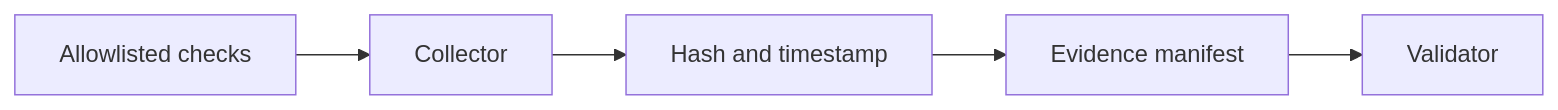
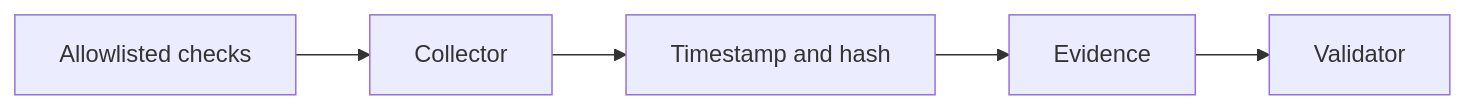
One commit to ahliweb/linux-mint-xfce-rescue-ai changed diagram 11 of 16 in docs/design.md. Above: the diagram before and after it, drawn with Mermaid. The commit also changed other lines of this file and 1 other file, not shown here.

First line of the commit message:
docs: rewrite README (status table, quick starts) and design (whole-flow diagrams)

````diff
--- a/docs/design.md
+++ b/docs/design.md
@@ -150,7 +252,7 @@
 ```mermaid
 flowchart LR
     A[Allowlisted checks] --> C[Collector]
-    C --> H[Hash and timestamp]
-    H --> E[Evidence manifest]
+    C --> H[Timestamp and hash]
+    H --> E[Evidence]
     E --> V[Validator]
 ```
````
